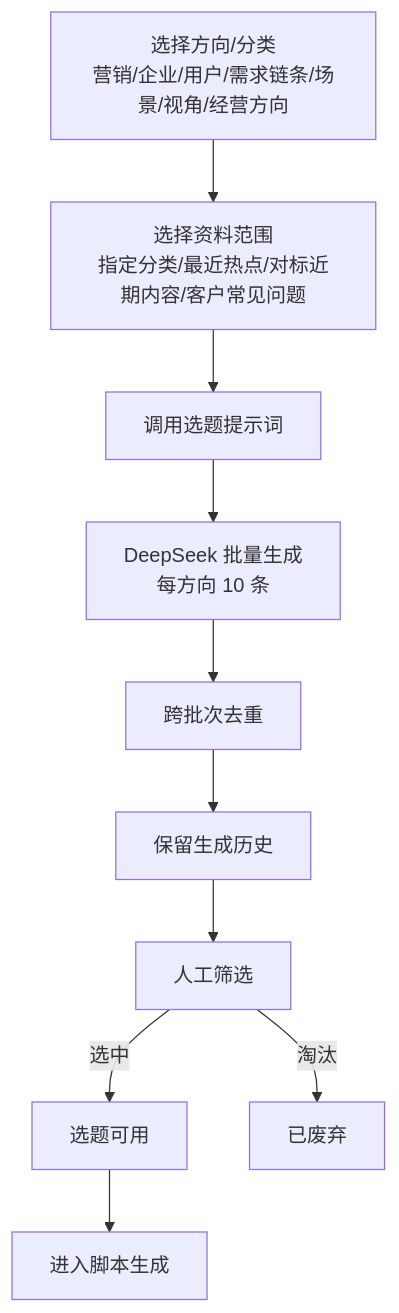
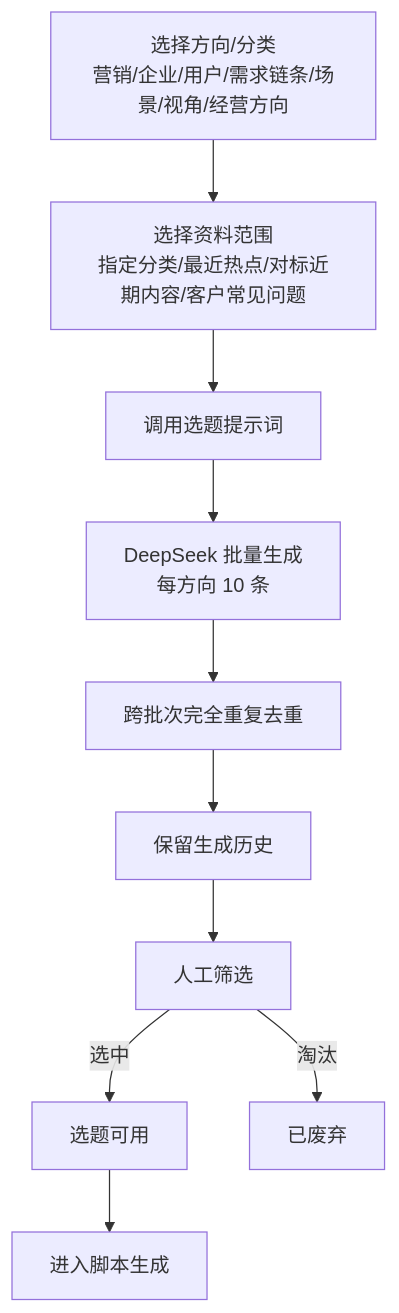
Before and after one commit to lophyJessica/forge-scrm: the third of 5 diagrams in context/02-核心业务流程.md, drawn with Mermaid. The commit also changed other lines of this file and 17 other files, not shown here.

````diff
--- a/context/02-核心业务流程.md
+++ b/context/02-核心业务流程.md
@@ -53,12 +54,12 @@
 ```mermaid
 flowchart TD
     A[选择方向/分类<br/>营销/企业/用户/需求链条/场景/视角/经营方向] --> B[选择资料范围<br/>指定分类/最近热点/对标近期内容/客户常见问题]
     B --> C[调用选题提示词]
     C --> D[DeepSeek 批量生成<br/>每方向 10 条]
-    D --> E[跨批次去重]
+    D --> E[跨批次完全重复去重]
     E --> F[保留生成历史]
     F --> G[人工筛选]
     G -->|选中| H[选题可用]
     G -->|淘汰| I[已废弃]
     H --> J[进入脚本生成]
 ```
````
